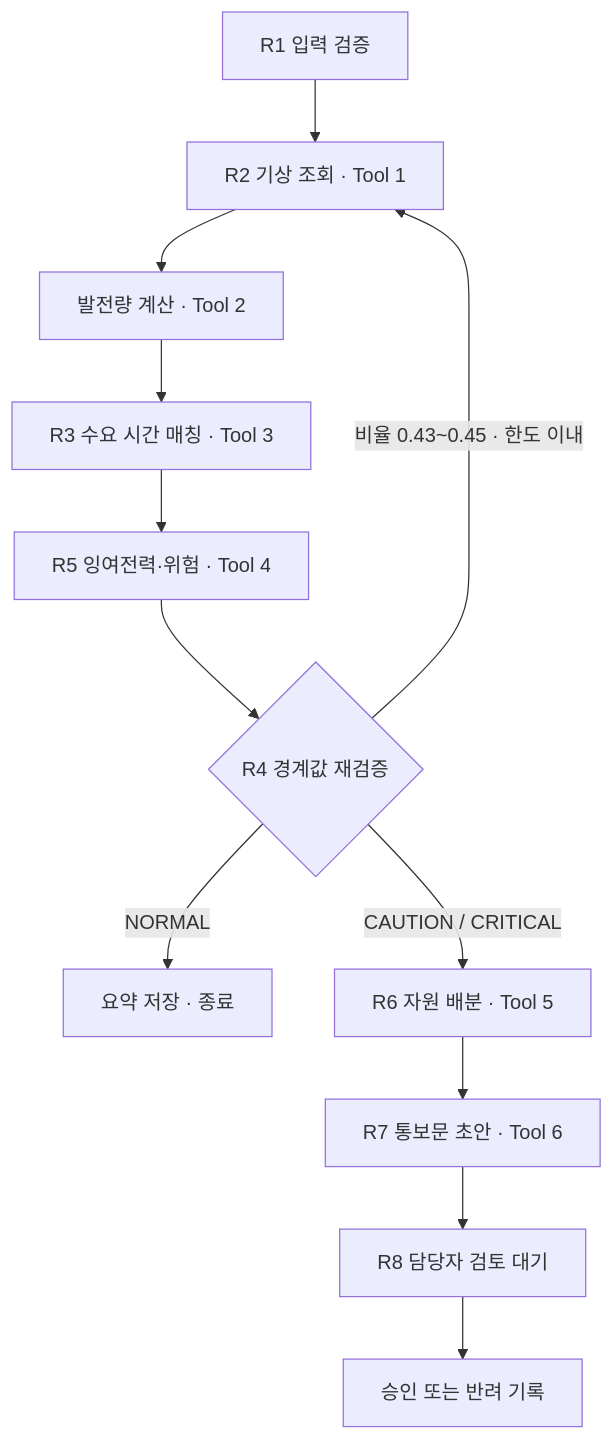
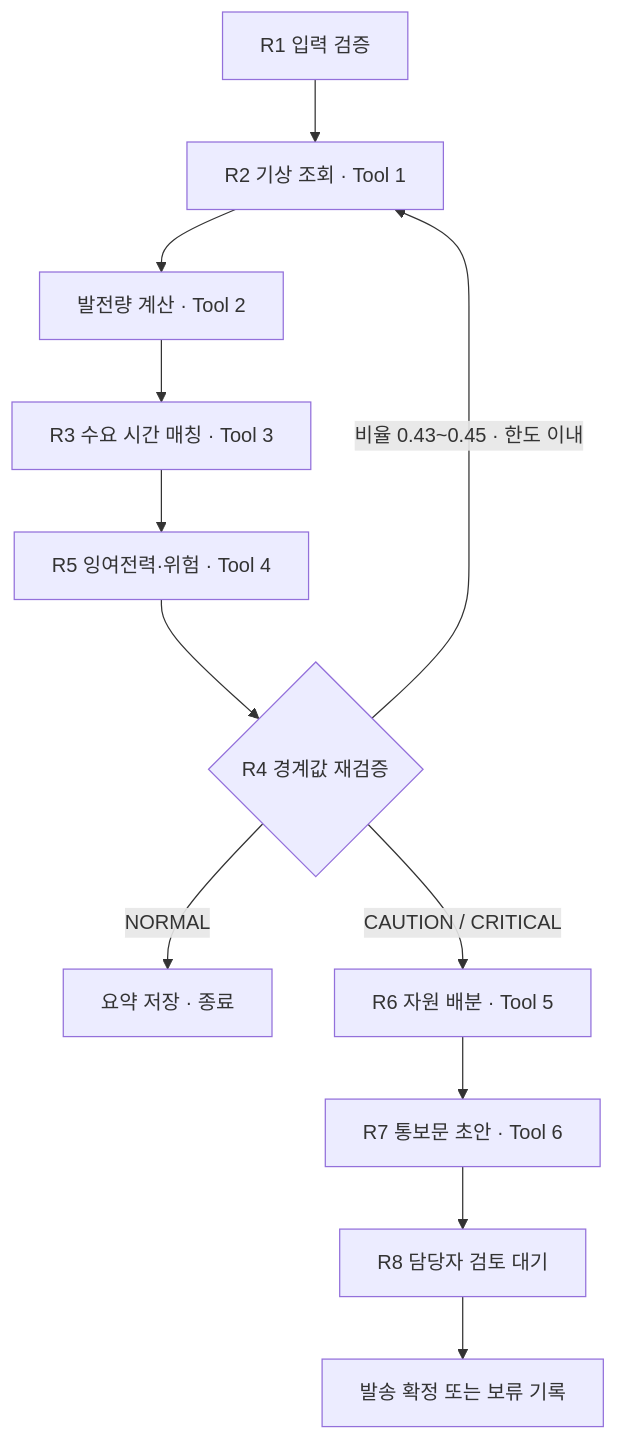
One commit to dwnnn-archive/-Jeju_AI_BigData_Hakathon changed the second of 2 diagrams in README.md. Above: the diagram before and after it, drawn with Mermaid. The commit also changed other lines of this file and 11 other files, not shown here.

````diff
--- a/README.md
+++ b/README.md
@@ -140,14 +140,14 @@
 ```mermaid
 flowchart TD
     A["R1 입력 검증"] --> B["R2 기상 조회 · Tool 1"]
     B --> C["발전량 계산 · Tool 2"]
     C --> D["R3 수요 시간 매칭 · Tool 3"]
     D --> E["R5 잉여전력·위험 · Tool 4"]
     E --> F{"R4 경계값 재검증"}
     F -->|"비율 0.43~0.45 · 한도 이내"| B
     F -->|NORMAL| G["요약 저장 · 종료"]
     F -->|"CAUTION / CRITICAL"| H["R6 자원 배분 · Tool 5"]
     H --> I["R7 통보문 초안 · Tool 6"]
     I --> J["R8 담당자 검토 대기"]
-    J --> K["승인 또는 반려 기록"]
+    J --> K["발송 확정 또는 보류 기록"]
 ```
````
